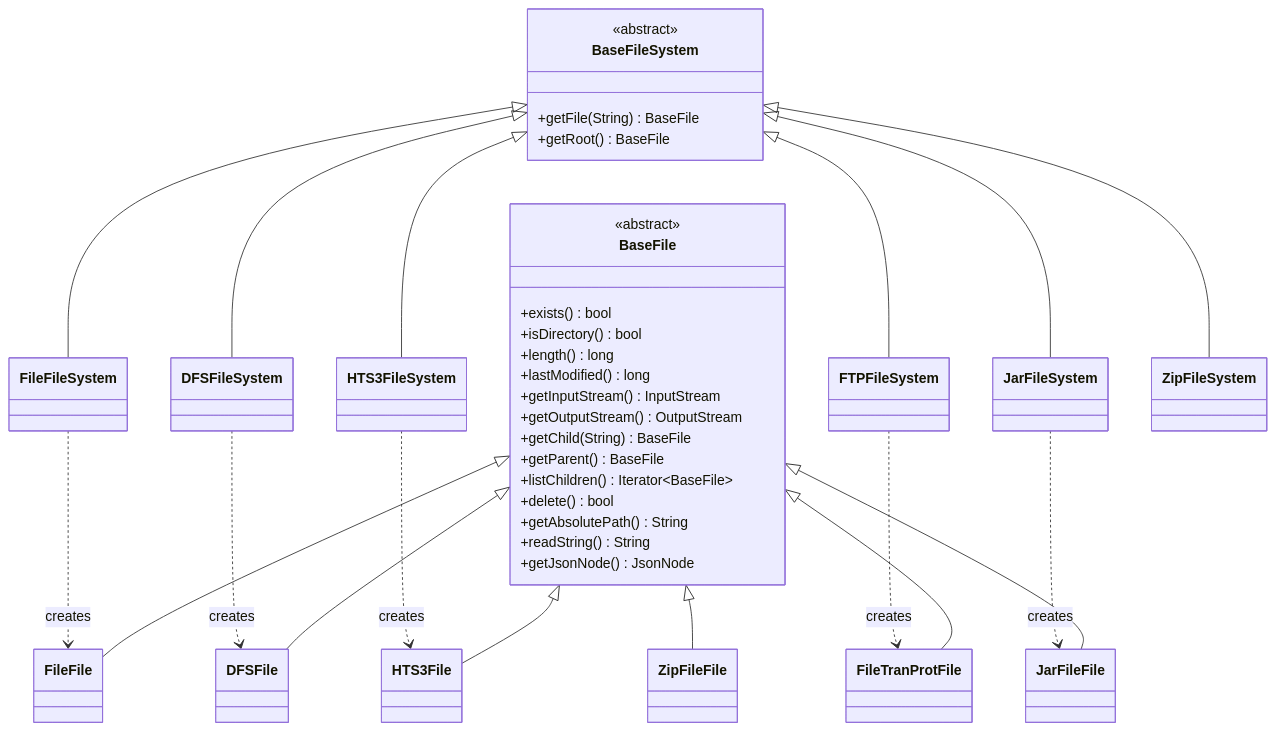
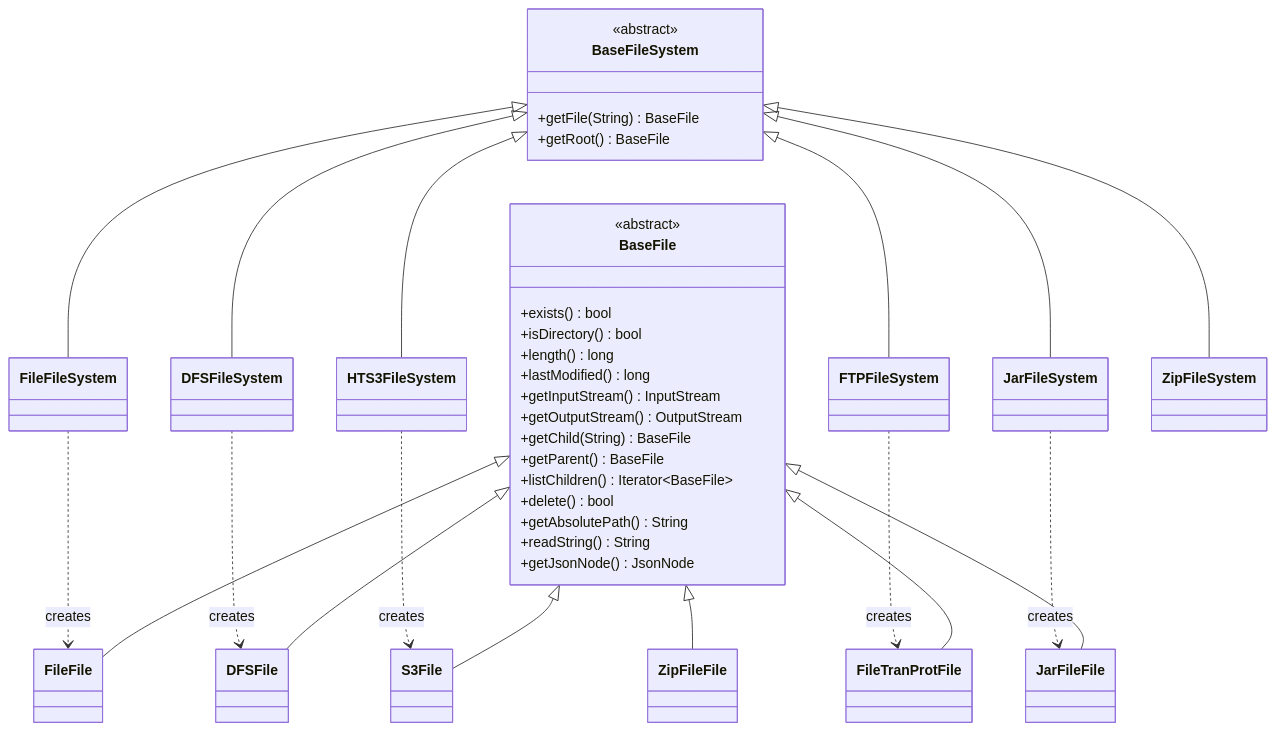
Before and after one commit to geekychris/hitorro-basefile: the second of 3 diagrams in README.md, drawn with Mermaid. The commit also changed other lines of this file and 20 other files, not shown here.

````diff
--- a/README.md
+++ b/README.md
@@ -48,57 +48,57 @@
 ```mermaid
 classDiagram
     class BaseFile {
         <<abstract>>
         +exists() bool
         +isDirectory() bool
         +length() long
         +lastModified() long
         +getInputStream() InputStream
         +getOutputStream() OutputStream
         +getChild(String) BaseFile
         +getParent() BaseFile
         +listChildren() Iterator~BaseFile~
         +delete() bool
         +getAbsolutePath() String
         +readString() String
         +getJsonNode() JsonNode
     }
     class BaseFileSystem {
         <<abstract>>
         +getFile(String) BaseFile
         +getRoot() BaseFile
     }
     class FileFile
     class DFSFile
-    class HTS3File
+    class S3File
     class FileTranProtFile
     class JarFileFile
     class ZipFileFile
 
     class FileFileSystem
     class DFSFileSystem
     class HTS3FileSystem
     class FTPFileSystem
     class JarFileSystem
     class ZipFileSystem
 
     BaseFile <|-- FileFile
     BaseFile <|-- DFSFile
-    BaseFile <|-- HTS3File
+    BaseFile <|-- S3File
     BaseFile <|-- FileTranProtFile
     BaseFile <|-- JarFileFile
     BaseFile <|-- ZipFileFile
 
     BaseFileSystem <|-- FileFileSystem
     BaseFileSystem <|-- DFSFileSystem
     BaseFileSystem <|-- HTS3FileSystem
     BaseFileSystem <|-- FTPFileSystem
     BaseFileSystem <|-- JarFileSystem
     BaseFileSystem <|-- ZipFileSystem
 
     FileFileSystem   ..> FileFile          : creates
     DFSFileSystem    ..> DFSFile           : creates
-    HTS3FileSystem   ..> HTS3File          : creates
+    HTS3FileSystem   ..> S3File            : creates
     FTPFileSystem    ..> FileTranProtFile  : creates
     JarFileSystem    ..> JarFileFile       : creates
 ```
````
